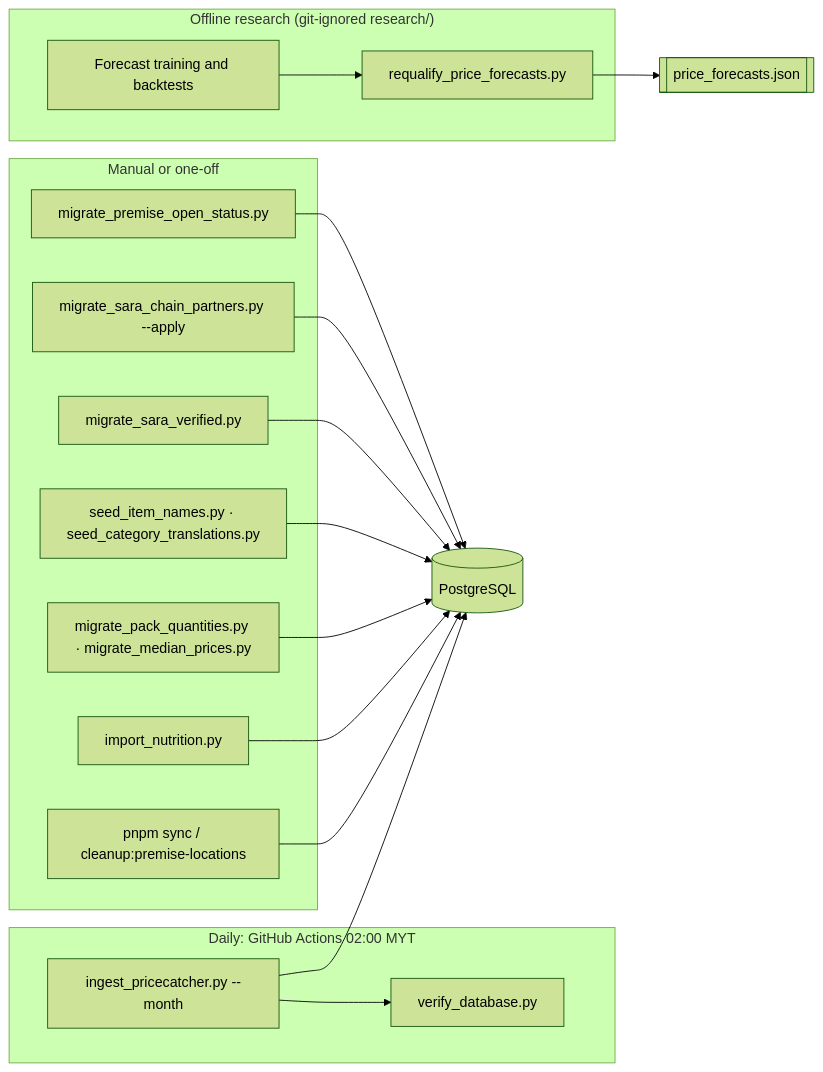
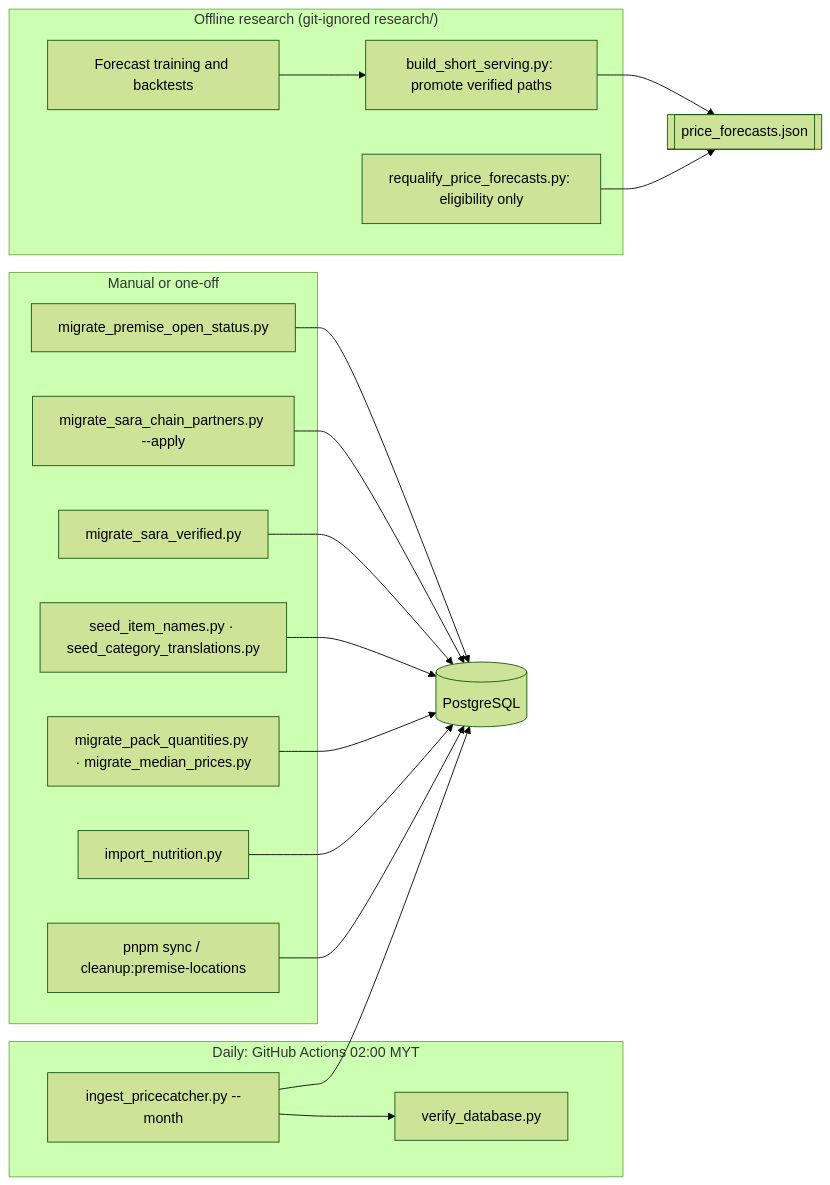
Before and after one commit to stak0015/SmartCart: the diagram in docs/05-data/data-sources-and-pipelines.md, drawn with Mermaid (forest theme). The commit also changed other lines of this file and 8 other files, not shown here.

````diff
--- a/docs/05-data/data-sources-and-pipelines.md
+++ b/docs/05-data/data-sources-and-pipelines.md
@@ -19,21 +19,23 @@
 ```mermaid
 flowchart LR
     subgraph daily["Daily: GitHub Actions 02:00 MYT"]
         A[ingest_pricecatcher.py --month] --> B[verify_database.py]
     end
     subgraph manual["Manual or one-off"]
         C[migrate_premise_open_status.py]
         D[migrate_sara_chain_partners.py --apply]
         E[migrate_sara_verified.py]
         F[seed_item_names.py · seed_category_translations.py]
         G[migrate_pack_quantities.py · migrate_median_prices.py]
         H[import_nutrition.py]
         I[pnpm sync / cleanup:premise-locations]
     end
     subgraph offline["Offline research (git-ignored research/)"]
-        J[Forecast training and backtests] --> K[requalify_price_forecasts.py]
+        J[Forecast training and backtests] --> P[build_short_serving.py: promote verified paths]
+        K[requalify_price_forecasts.py: eligibility only]
     end
     A --> DB[(PostgreSQL)]
     C & D & E & F & G & H & I --> DB
-    K --> SNAP[[price_forecasts.json]]
+    P --> SNAP[[price_forecasts.json]]
+    K --> SNAP
 ```
````
